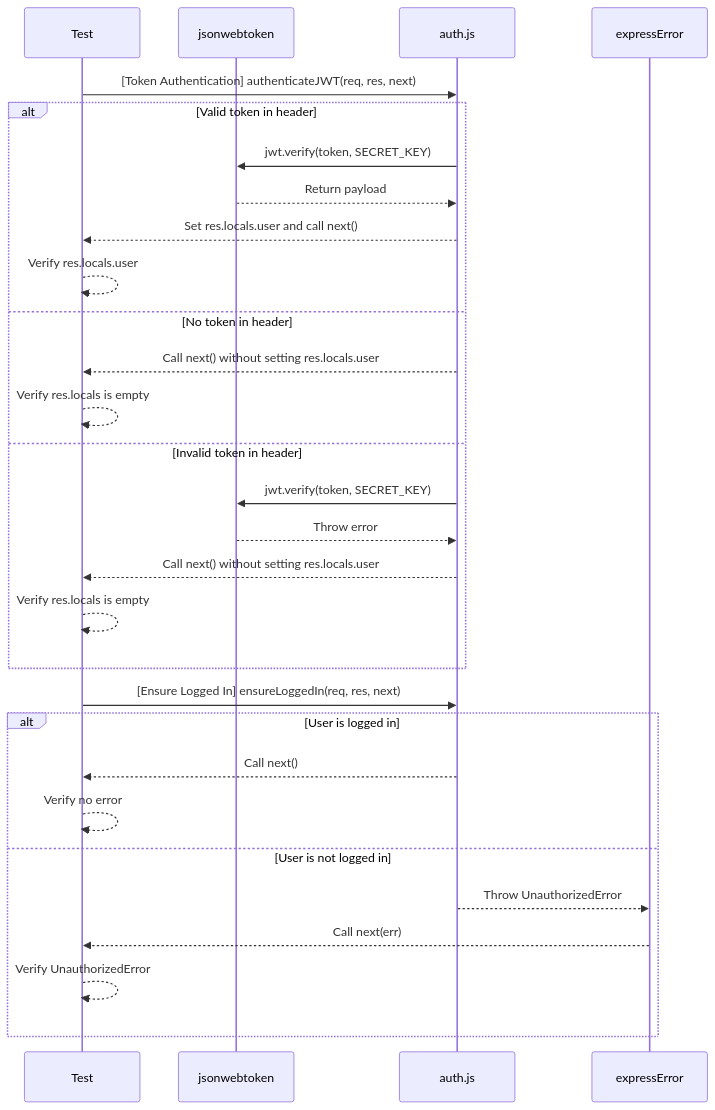
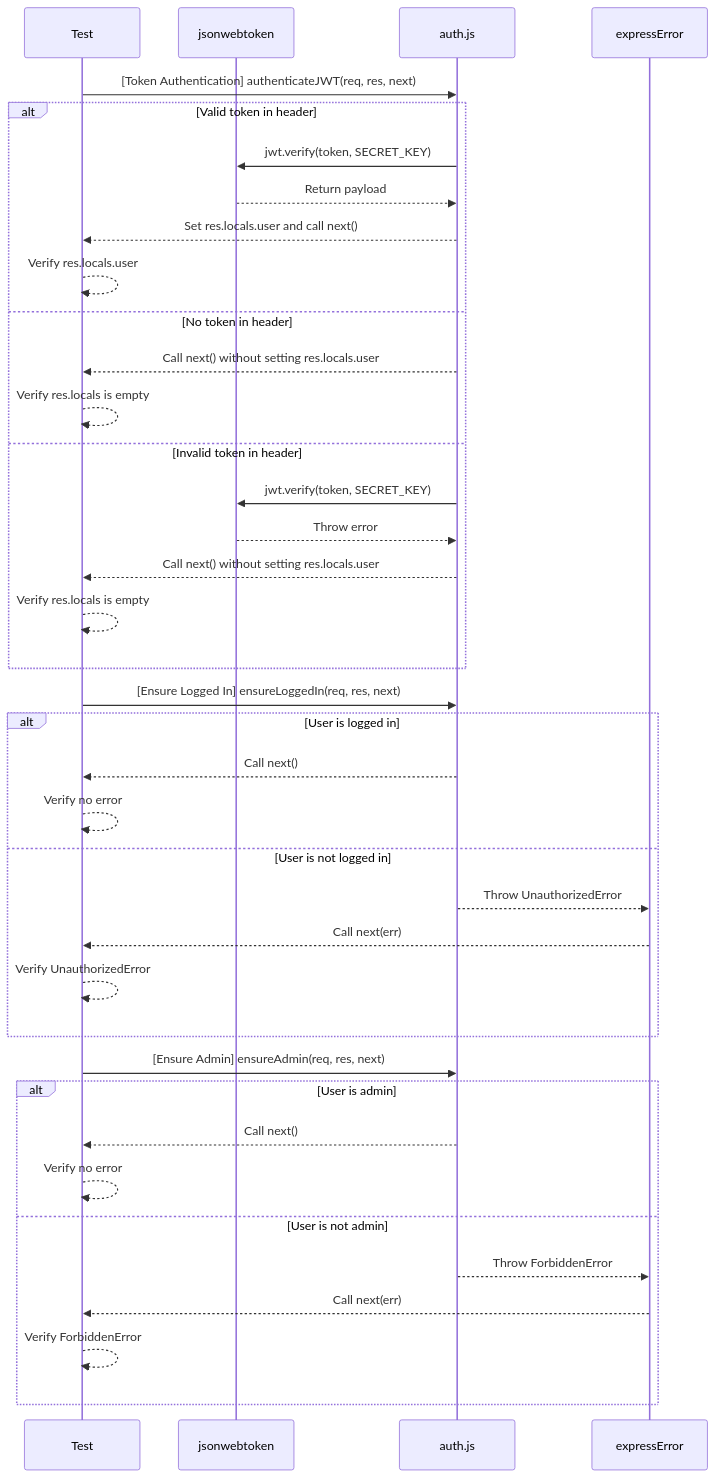
One commit to ahauser16/jobly-server changed the first of 2 diagrams in middleware/README.MD. Above: the diagram before and after it, drawn with Mermaid. The commit also changed other lines of this file and 7 other files, not shown here.

Commit message:
add ensureAdmin function to middleware functions and implement it in the appropriate routes.  next time start with creating the ensureCorrectUserOrAdmin function

````diff
--- a/middleware/README.MD
+++ b/middleware/README.MD
@@ -21,33 +21,43 @@
 ```mermaid
 sequenceDiagram
     participant Test
     participant JWT as jsonwebtoken
     participant Auth as auth.js
     participant Error as expressError
 
     Test->>Auth: [Token Authentication] authenticateJWT(req, res, next)
     alt Valid token in header
         Auth->>JWT: jwt.verify(token, SECRET_KEY)
         JWT-->>Auth: Return payload
         Auth-->>Test: Set res.locals.user and call next()
         Test-->>Test: Verify res.locals.user
     else No token in header
         Auth-->>Test: Call next() without setting res.locals.user
         Test-->>Test: Verify res.locals is empty
     else Invalid token in header
         Auth->>JWT: jwt.verify(token, SECRET_KEY)
         JWT-->>Auth: Throw error
         Auth-->>Test: Call next() without setting res.locals.user
         Test-->>Test: Verify res.locals is empty
     end
 
     Test->>Auth: [Ensure Logged In] ensureLoggedIn(req, res, next)
     alt User is logged in
         Auth-->>Test: Call next()
         Test-->>Test: Verify no error
     else User is not logged in
         Auth-->>Error: Throw UnauthorizedError
         Error-->>Test: Call next(err)
         Test-->>Test: Verify UnauthorizedError
     end
+
+    Test->>Auth: [Ensure Admin] ensureAdmin(req, res, next)
+    alt User is admin
+        Auth-->>Test: Call next()
+        Test-->>Test: Verify no error
+    else User is not admin
+        Auth-->>Error: Throw ForbiddenError
+        Error-->>Test: Call next(err)
+        Test-->>Test: Verify ForbiddenError
+    end
 ```
````
